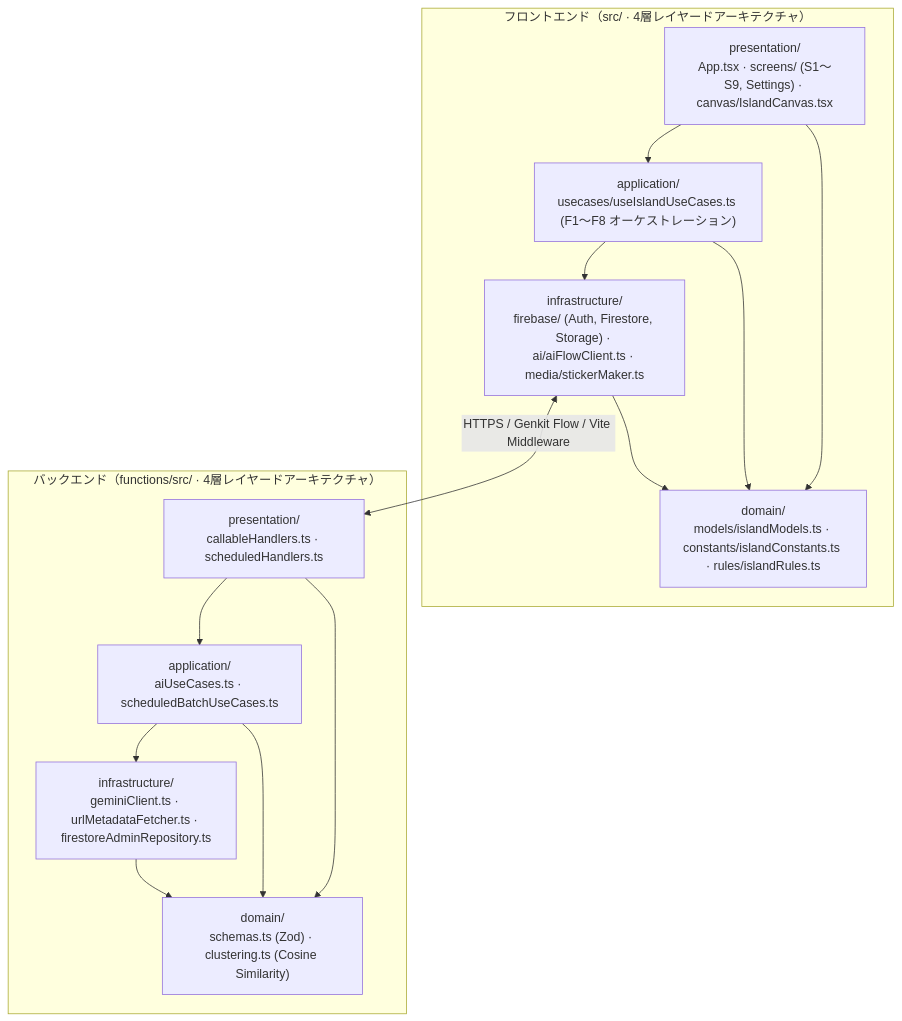
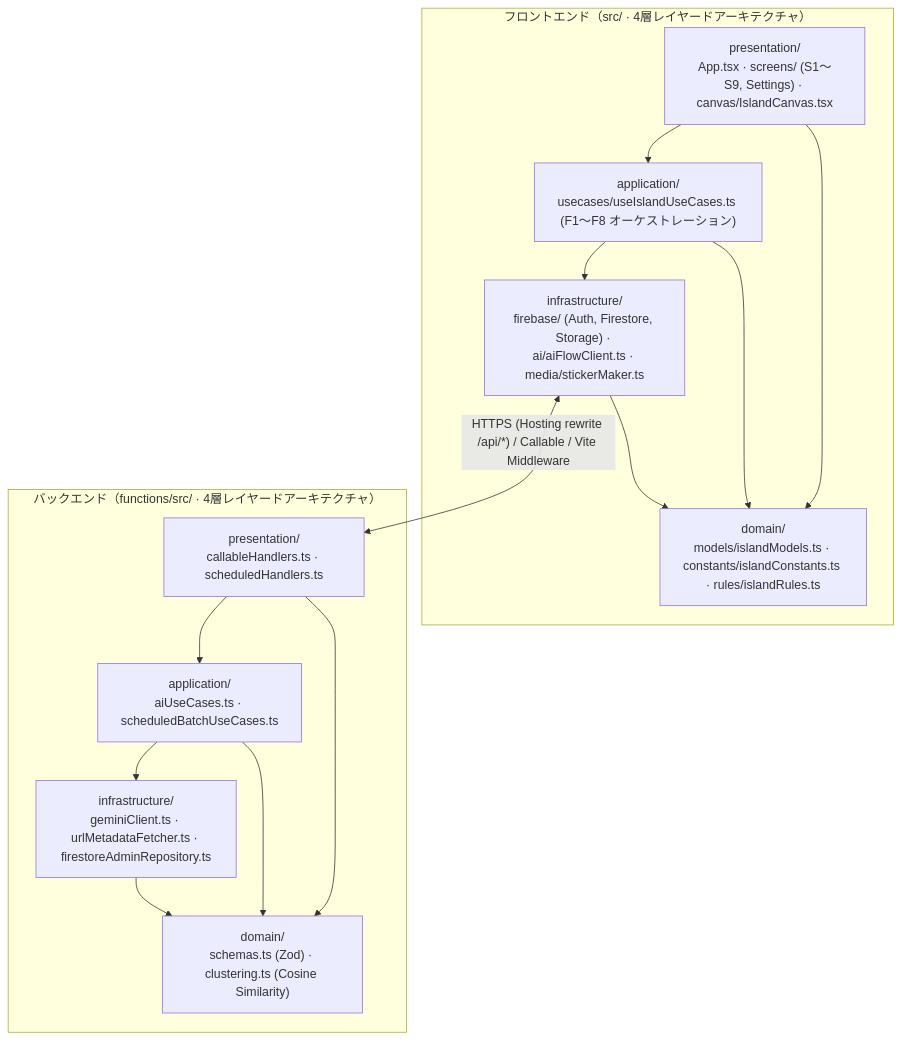
Before and after one commit to Devfest-Hackathon-2026/df-2026-t118: the diagram in docs/architecture.md, drawn with Mermaid. The commit also changed other lines of this file and 8 other files, not shown here.

````diff
--- a/docs/architecture.md
+++ b/docs/architecture.md
@@ -19,30 +21,30 @@
 ```mermaid
 flowchart TB
     subgraph FE["フロントエンド（src/ · 4層レイヤードアーキテクチャ）"]
         FE_PRES["presentation/<br>App.tsx · screens/ (S1〜S9, Settings) · canvas/IslandCanvas.tsx"]
         FE_APP["application/<br>usecases/useIslandUseCases.ts (F1〜F8 オーケストレーション)"]
         FE_INFRA["infrastructure/<br>firebase/ (Auth, Firestore, Storage) · ai/aiFlowClient.ts · media/stickerMaker.ts"]
         FE_DOM["domain/<br>models/islandModels.ts · constants/islandConstants.ts · rules/islandRules.ts"]
     end
 
     subgraph BE["バックエンド（functions/src/ · 4層レイヤードアーキテクチャ）"]
         BE_PRES["presentation/<br>callableHandlers.ts · scheduledHandlers.ts"]
         BE_APP["application/<br>aiUseCases.ts · scheduledBatchUseCases.ts"]
         BE_INFRA["infrastructure/<br>geminiClient.ts · urlMetadataFetcher.ts · firestoreAdminRepository.ts"]
         BE_DOM["domain/<br>schemas.ts (Zod) · clustering.ts (Cosine Similarity)"]
     end
 
     FE_PRES --> FE_APP
     FE_PRES --> FE_DOM
     FE_APP --> FE_DOM
     FE_APP --> FE_INFRA
     FE_INFRA --> FE_DOM
 
-    FE_INFRA <-->|"HTTPS / Genkit Flow / Vite Middleware"| BE_PRES
+    FE_INFRA <-->|"HTTPS (Hosting rewrite /api/*) / Callable / Vite Middleware"| BE_PRES
 
     BE_PRES --> BE_APP
     BE_PRES --> BE_DOM
     BE_APP --> BE_DOM
     BE_APP --> BE_INFRA
     BE_INFRA --> BE_DOM
 ```
````
